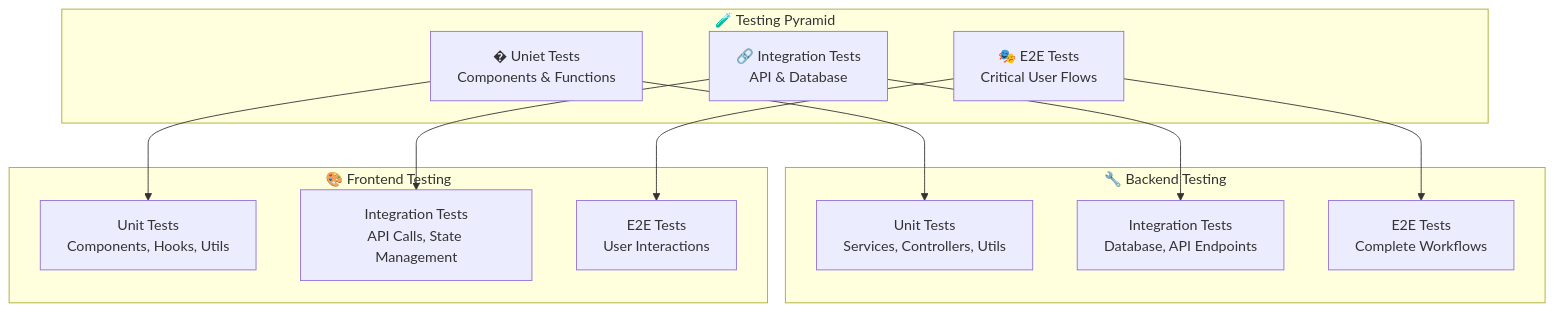
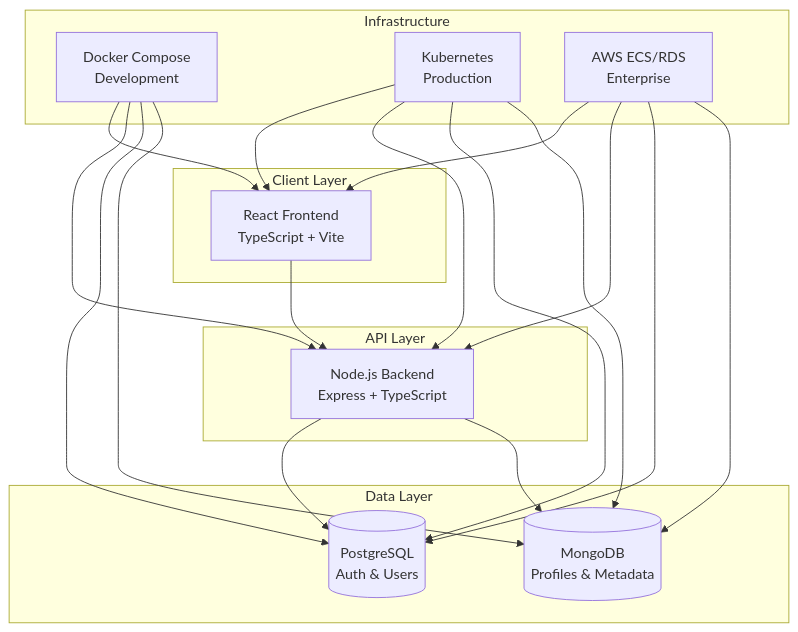
One commit to aathil-ali/User-Management changed the diagram in README.md. Above: the diagram before and after it, drawn with Mermaid. The commit also changed other lines of this file and 9 other files, not shown here.

````diff
--- a/README.md
+++ b/README.md
@@ -620,27 +7,28 @@
 ```mermaid
 graph TB
-    subgraph "🧪 Testing Pyramid"
-        E2E[🎭 E2E Tests<br/>Critical User Flows]
-        INTEGRATION[🔗 Integration Tests<br/>API & Database]
-        UNIT[� Uniet Tests<br/>Components & Functions]
+    subgraph "Client Layer"
+        UI[React Frontend<br/>TypeScript + Vite]
     end
     
-    subgraph "🔧 Backend Testing"
-        BE_UNIT[Unit Tests<br/>Services, Controllers, Utils]
-        BE_INT[Integration Tests<br/>Database, API Endpoints]
-        BE_E2E[E2E Tests<br/>Complete Workflows]
+    subgraph "API Layer"
+        API[Node.js Backend<br/>Express + TypeScript]
     end
     
-    subgraph "🎨 Frontend Testing"
-        FE_UNIT[Unit Tests<br/>Components, Hooks, Utils]
-        FE_INT[Integration Tests<br/>API Calls, State Management]
-        FE_E2E[E2E Tests<br/>User Interactions]
+    subgraph "Data Layer"
+        PG[(PostgreSQL<br/>Auth & Users)]
+        MONGO[(MongoDB<br/>Profiles & Metadata)]
     end
-
-    E2E --> BE_E2E
-    E2E --> FE_E2E
-    INTEGRATION --> BE_INT
-    INTEGRATION --> FE_INT
-    UNIT --> BE_UNIT
-    UNIT --> FE_UNIT
+    
+    subgraph "Infrastructure"
+        DOCKER[Docker Compose<br/>Development]
+        K8S[Kubernetes<br/>Production]
+        AWS[AWS ECS/RDS<br/>Enterprise]
+    end
+    
+    UI --> API
+    API --> PG
+    API --> MONGO
+    DOCKER --> UI & API & PG & MONGO
+    K8S --> UI & API & PG & MONGO
+    AWS --> UI & API & PG & MONGO
 ```
````
